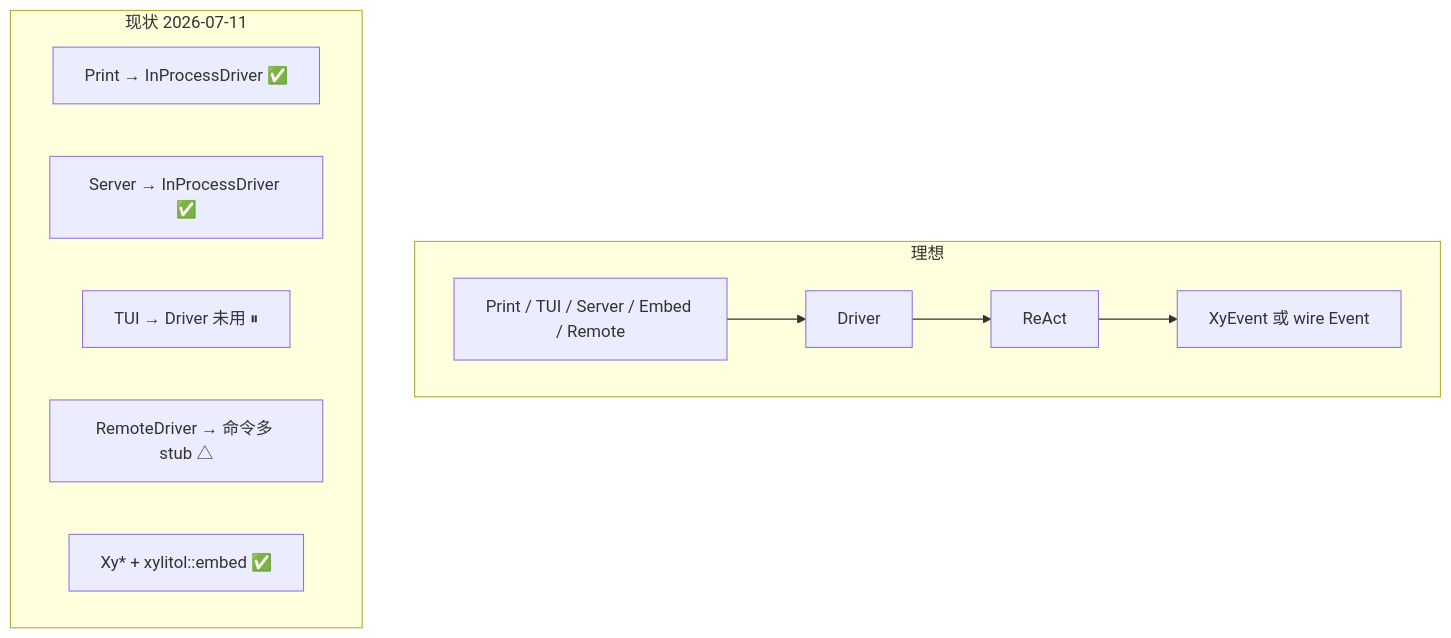
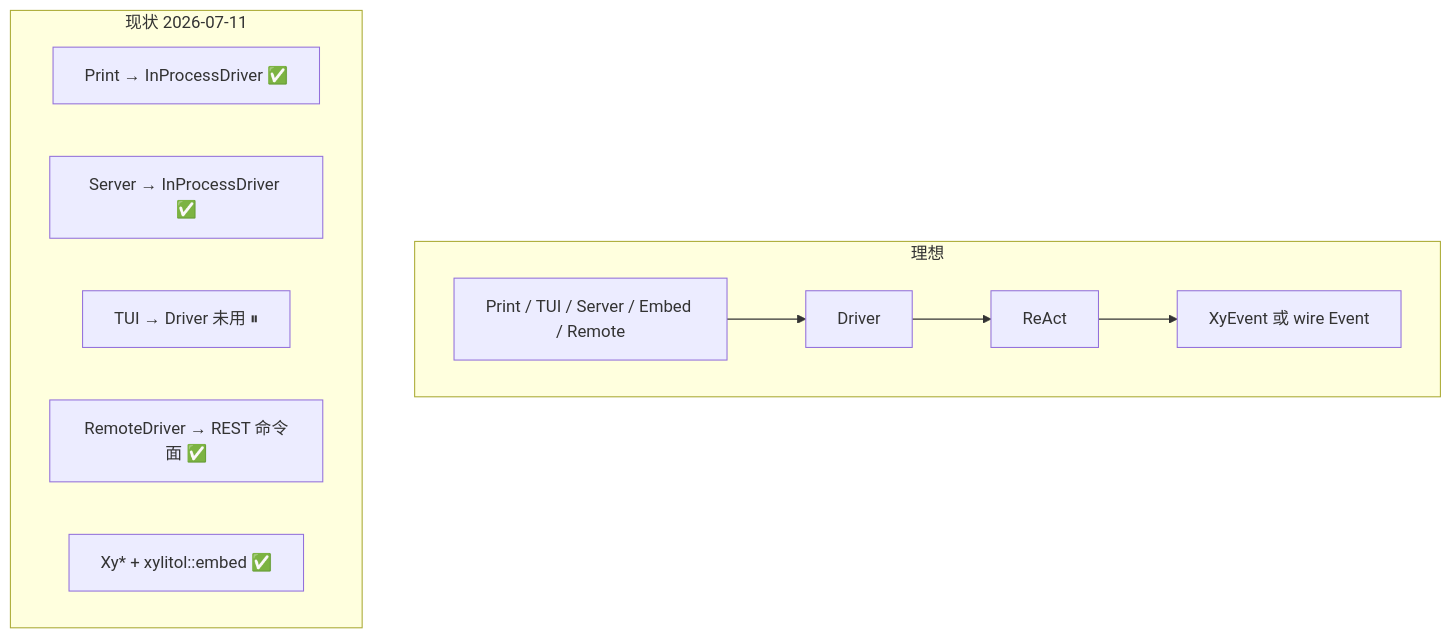
Before and after one commit to StrayDragon/xylitol: the diagram in docs/architecture/library-and-clients.md, drawn with Mermaid. The commit also changed other lines of this file and 13 other files, not shown here.

First line of the commit message:
feat(protocol): QueueUpdate on wire and RemoteDriver REST parity (c540)

````diff
--- a/docs/architecture/library-and-clients.md
+++ b/docs/architecture/library-and-clients.md
@@ -42,18 +42,18 @@
 ```mermaid
 flowchart TB
   subgraph Ideal["理想"]
     C1["Print / TUI / Server / Embed / Remote"]
     D["Driver"]
     R["ReAct"]
     E["XyEvent 或 wire Event"]
     C1 --> D --> R --> E
   end
 
   subgraph Actual["现状 2026-07-11"]
     P["Print → InProcessDriver ✅"]
     S["Server → InProcessDriver ✅"]
     T["TUI → Driver 未用 ⏸"]
-    Rem["RemoteDriver → 命令多 stub △"]
+    Rem["RemoteDriver → REST 命令面 ✅"]
     Lib["Xy* + xylitol::embed ✅"]
   end
 ```
````
